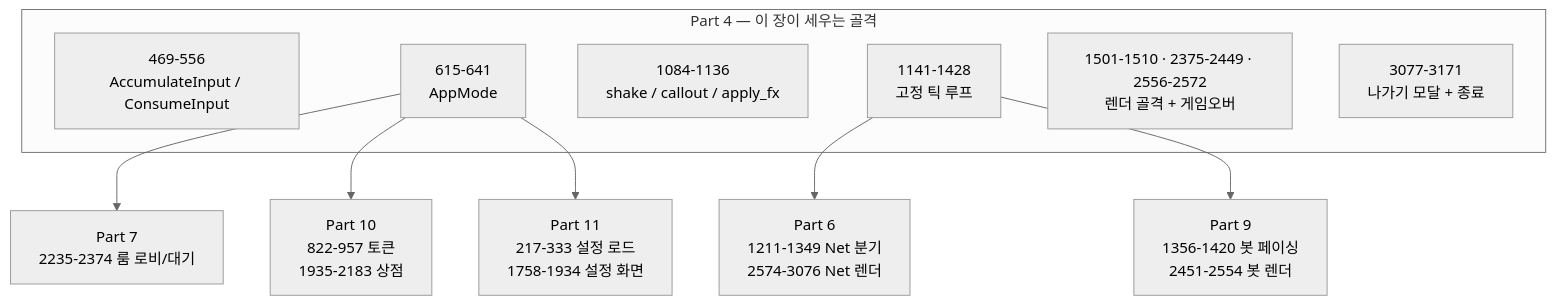
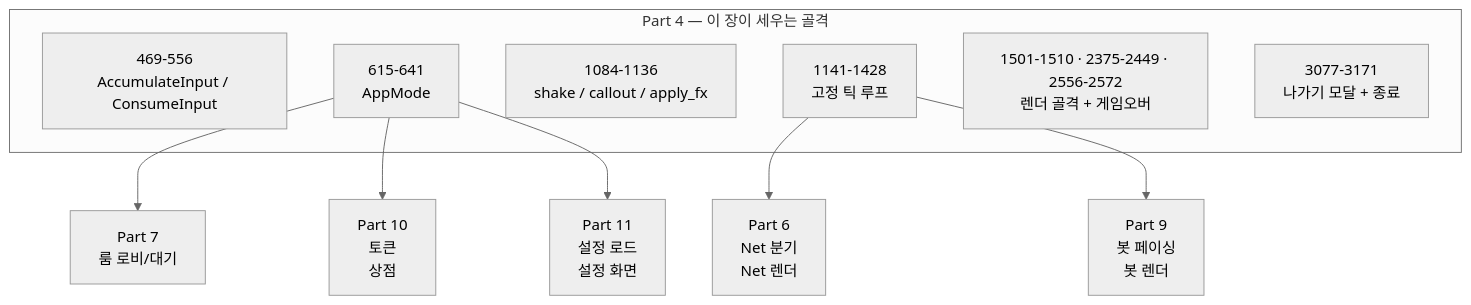
The first of 12 diagrams in docs/blog/part4-game-wrapper-and-loop.md (Rein-ArXiv/Tetris-Multiplayer-RL), drawn with Mermaid (neutral theme) before and after one commit. The commit also changed other lines of this file and 39 other files, not shown here.

````diff
--- a/docs/blog/part4-game-wrapper-and-loop.md
+++ b/docs/blog/part4-game-wrapper-and-loop.md
@@ -78,16 +77,16 @@
 ```mermaid
 graph TB
     subgraph P4["Part 4 — 이 장이 세우는 골격"]
         IN["469-556<br/>AccumulateInput / ConsumeInput"]
         MODE["615-641<br/>AppMode"]
         FX["1084-1136<br/>shake / callout / apply_fx"]
         LOOP["1141-1428<br/>고정 틱 루프"]
         RND["1501-1510 · 2375-2449 · 2556-2572<br/>렌더 골격 + 게임오버"]
         MODAL["3077-3171<br/>나가기 모달 + 종료"]
     end
-    LOOP --> P6["Part 6<br/>1211-1349 Net 분기<br/>2574-3076 Net 렌더"]
-    LOOP --> P9["Part 9<br/>1356-1420 봇 페이싱<br/>2451-2554 봇 렌더"]
-    MODE --> P7["Part 7<br/>2235-2374 룸 로비/대기"]
-    MODE --> P10["Part 10<br/>822-957 토큰<br/>1935-2183 상점"]
-    MODE --> P11["Part 11<br/>217-333 설정 로드<br/>1758-1934 설정 화면"]
+    LOOP --> P6["Part 6<br/>Net 분기<br/>Net 렌더"]
+    LOOP --> P9["Part 9<br/>봇 페이싱<br/>봇 렌더"]
+    MODE --> P7["Part 7<br/>룸 로비/대기"]
+    MODE --> P10["Part 10<br/>토큰<br/>상점"]
+    MODE --> P11["Part 11<br/>설정 로드<br/>설정 화면"]
 ```
````
